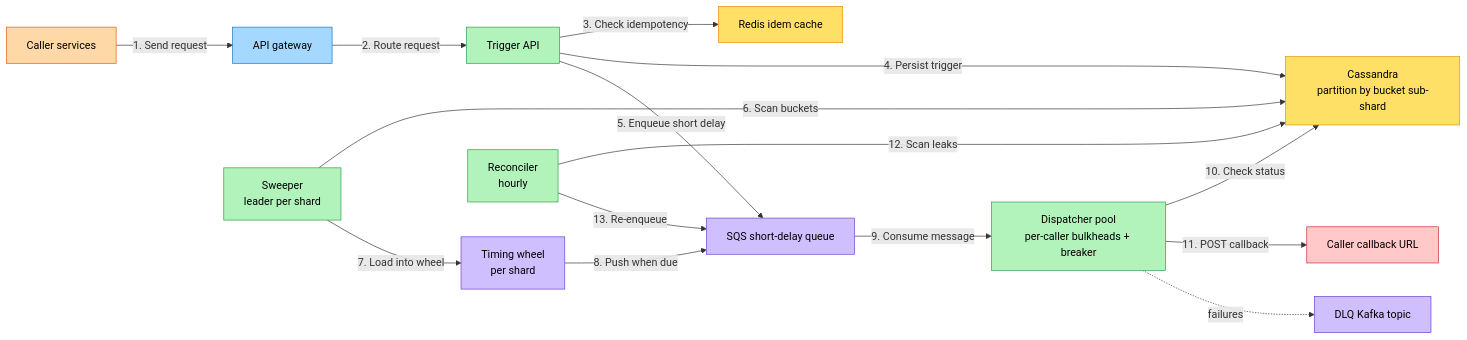
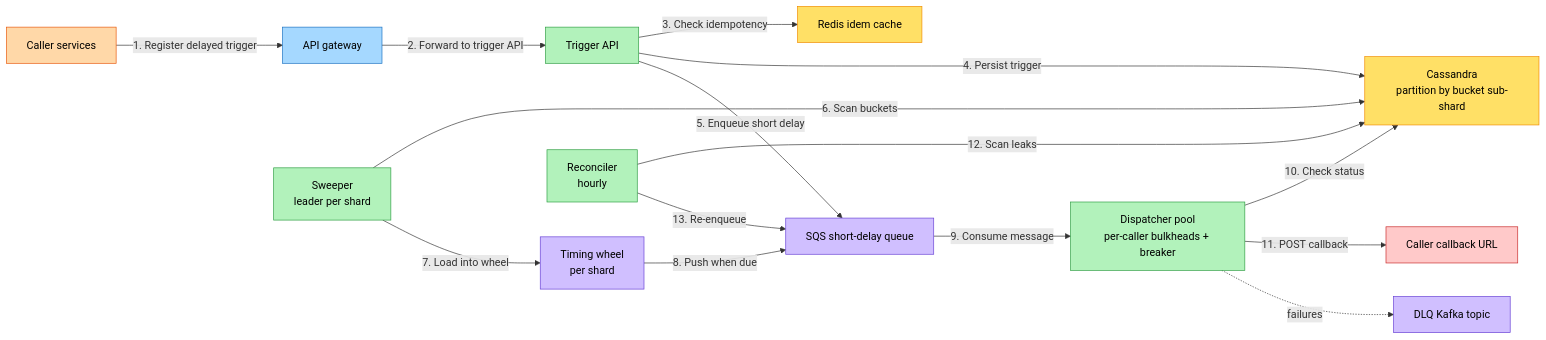
The tenth of 10 diagrams in content/hld/DelayedTriggerService.md (iluzn/HLD-Designs), drawn with Mermaid before and after one commit. The commit also changed other lines of this file and 27 other files, not shown here.

````diff
--- a/content/hld/DelayedTriggerService.md
+++ b/content/hld/DelayedTriggerService.md
@@ -485,34 +485,34 @@
 ```mermaid
 flowchart LR
-  Caller["Caller services"] -->|"1. Send request"| ALB["API gateway"]
-  ALB -->|"2. Route request"| API["Trigger API"]
+  Caller["Caller services"] -->|"1. Register delayed trigger"| ALB["API gateway"]
+  ALB -->|"2. Forward to trigger API"| API["Trigger API"]
   API -->|"3. Check idempotency"| Idem["Redis idem cache"]
   API -->|"4. Persist trigger"| DB["Cassandra<br/>partition by bucket sub-shard"]
   API -->|"5. Enqueue short delay"| SQSshort["SQS short-delay queue"]
 
   Sweeper["Sweeper<br/>leader per shard"] -->|"6. Scan buckets"| DB
   Sweeper -->|"7. Load into wheel"| Wheel["Timing wheel<br/>per shard"]
   Wheel -->|"8. Push when due"| SQSshort
 
   SQSshort -->|"9. Consume message"| Disp["Dispatcher pool<br/>per-caller bulkheads + breaker"]
   Disp -->|"10. Check status"| DB
   Disp -->|"11. POST callback"| CB["Caller callback URL"]
 
   Disp -.failures.-> DLQ["DLQ Kafka topic"]
   Recon["Reconciler<br/>hourly"] -->|"12. Scan leaks"| DB
   Recon -->|"13. Re-enqueue"| SQSshort
 
   classDef client fill:#FFD8A8,stroke:#E8590C,color:#000
   classDef edge fill:#A5D8FF,stroke:#1971C2,color:#000
   classDef service fill:#B2F2BB,stroke:#2F9E44,color:#000
   classDef async fill:#D0BFFF,stroke:#6741D5,color:#000
   classDef data fill:#FFE066,stroke:#F08C00,color:#000
   classDef external fill:#FFC9C9,stroke:#C92A2A,color:#000
 
   class Caller client
   class CB external
   class ALB edge
   class API,Sweeper,Disp,Recon service
   class Wheel,SQSshort,DLQ async
   class Idem,DB data
 ```
````
